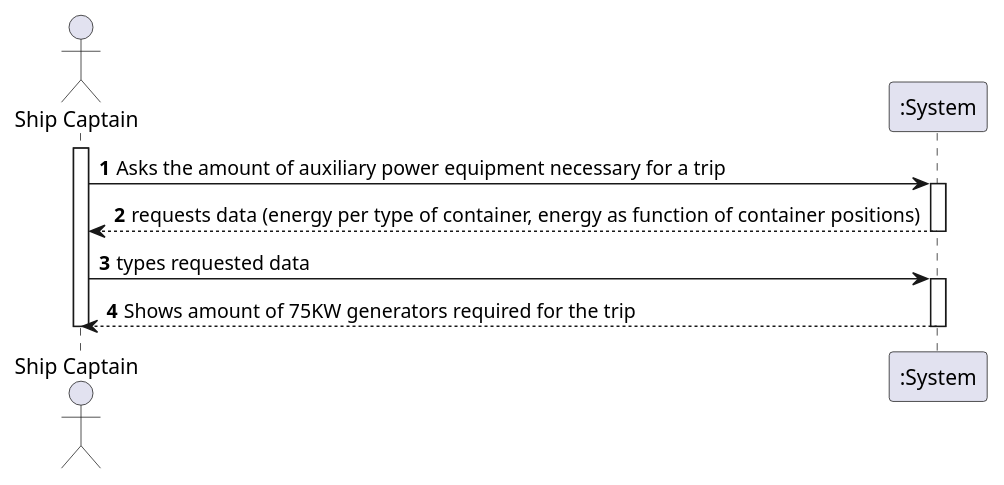
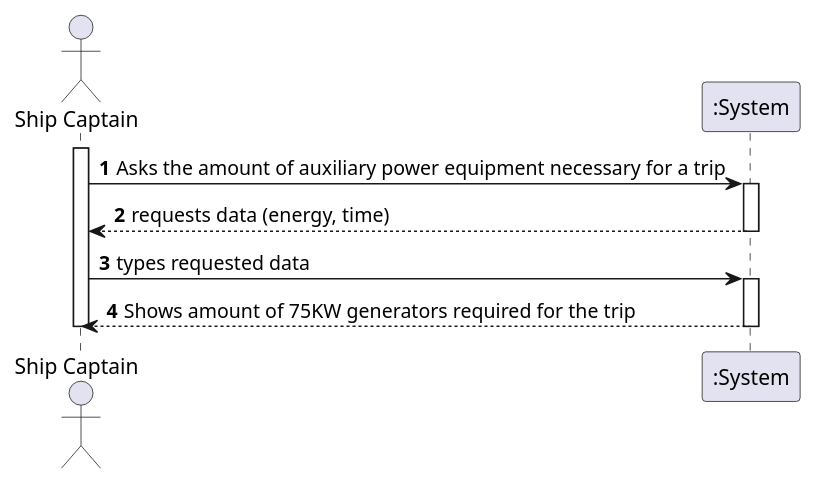
The diagram in docs/Sprint 4/US/US415/US415_SSD.puml (1190772/LAB-Project-3), drawn with PlantUML before and after one commit. The commit also changed 12 other files, not shown here.

```diff
--- a/docs/Sprint 4/US/US415/US415_SSD.puml
+++ b/docs/Sprint 4/US/US415/US415_SSD.puml
@@ -1,23 +1,23 @@
 @startuml
 'https://plantuml.com/sequence-diagram
 
 autonumber
 
 actor "Ship Captain" as SP
 
 activate SP
 SP -> ":System" : Asks the amount of auxiliary power equipment necessary for a trip
 
 activate ":System"
-":System" --> "SP" : requests data (energy per type of container, energy as function of container positions)
+":System" --> "SP" : requests data (energy, time)
 deactivate ":System"
 
 SP -> ":System" : types requested data
 
 activate ":System"
 ":System" --> "SP" : Shows amount of 75KW generators required for the trip
 deactivate ":System"
 
 deactivate SP
 
 @enduml
```
